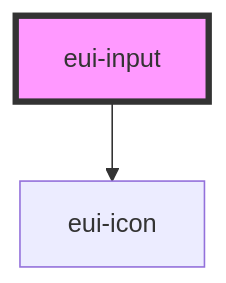
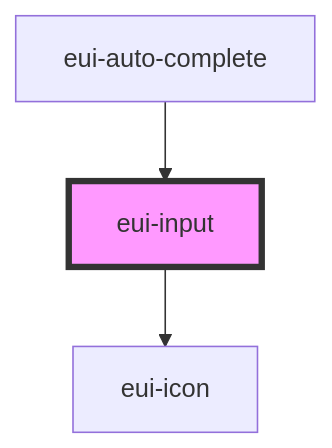
One commit to pnd-amirhosein/U_and_I changed the diagram in ensemble-ui/src/components/input/readme.md. Above: the diagram before and after it, drawn with Mermaid. The commit also changed other lines of this file and 21 other files, not shown here.

````diff
--- a/ensemble-ui/src/components/input/readme.md
+++ b/ensemble-ui/src/components/input/readme.md
@@ -26,5 +35,6 @@
 ```mermaid
 graph TD;
   eui-input --> eui-icon
+  eui-auto-complete --> eui-input
   style eui-input fill:#f9f,stroke:#333,stroke-width:4px
 ```
````
